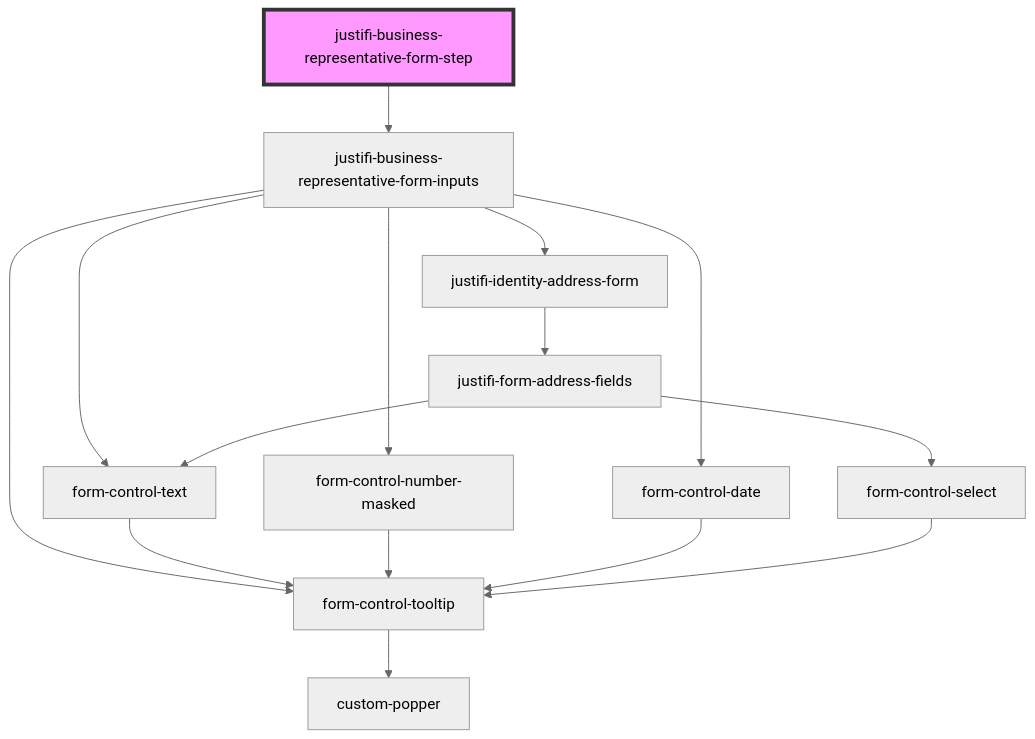
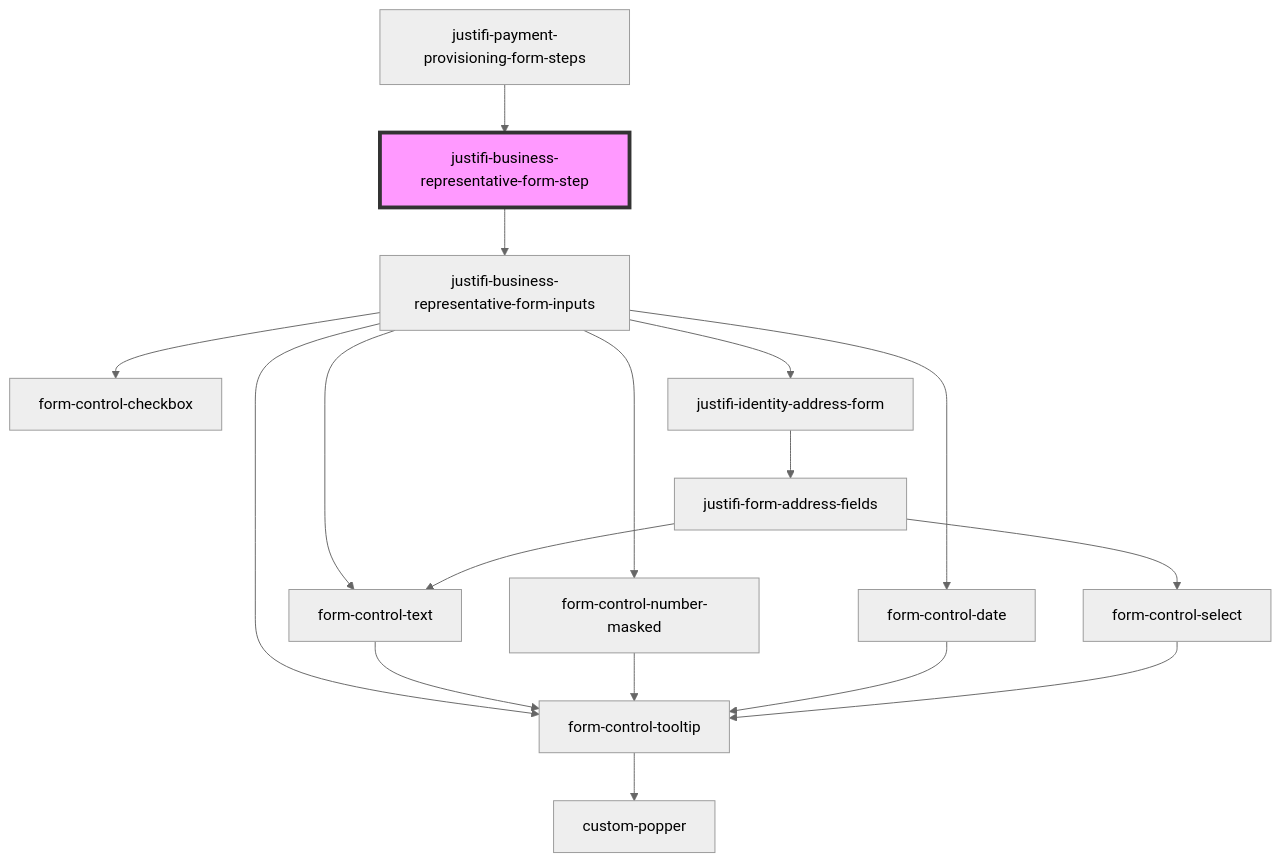
Before and after one commit to justifi-tech/web-component-library: the diagram in packages/webcomponents/src/components/business-forms/payment-provisioning/business-representative/README.md, drawn with Mermaid (neutral theme). The commit also changed other lines of this file and 4 other files, not shown here.

````diff
--- a/packages/webcomponents/src/components/business-forms/payment-provisioning/business-representative/README.md
+++ b/packages/webcomponents/src/components/business-forms/payment-provisioning/business-representative/README.md
@@ -53,18 +57,20 @@
 ```mermaid
 graph TD;
   justifi-business-representative-form-step --> justifi-business-representative-form-inputs
   justifi-business-representative-form-inputs --> form-control-tooltip
   justifi-business-representative-form-inputs --> form-control-text
+  justifi-business-representative-form-inputs --> form-control-checkbox
   justifi-business-representative-form-inputs --> form-control-number-masked
   justifi-business-representative-form-inputs --> form-control-date
   justifi-business-representative-form-inputs --> justifi-identity-address-form
   form-control-tooltip --> custom-popper
   form-control-text --> form-control-tooltip
   form-control-number-masked --> form-control-tooltip
   form-control-date --> form-control-tooltip
   justifi-identity-address-form --> justifi-form-address-fields
   justifi-form-address-fields --> form-control-text
   justifi-form-address-fields --> form-control-select
   form-control-select --> form-control-tooltip
+  justifi-payment-provisioning-form-steps --> justifi-business-representative-form-step
   style justifi-business-representative-form-step fill:#f9f,stroke:#333,stroke-width:4px
 ```
````
